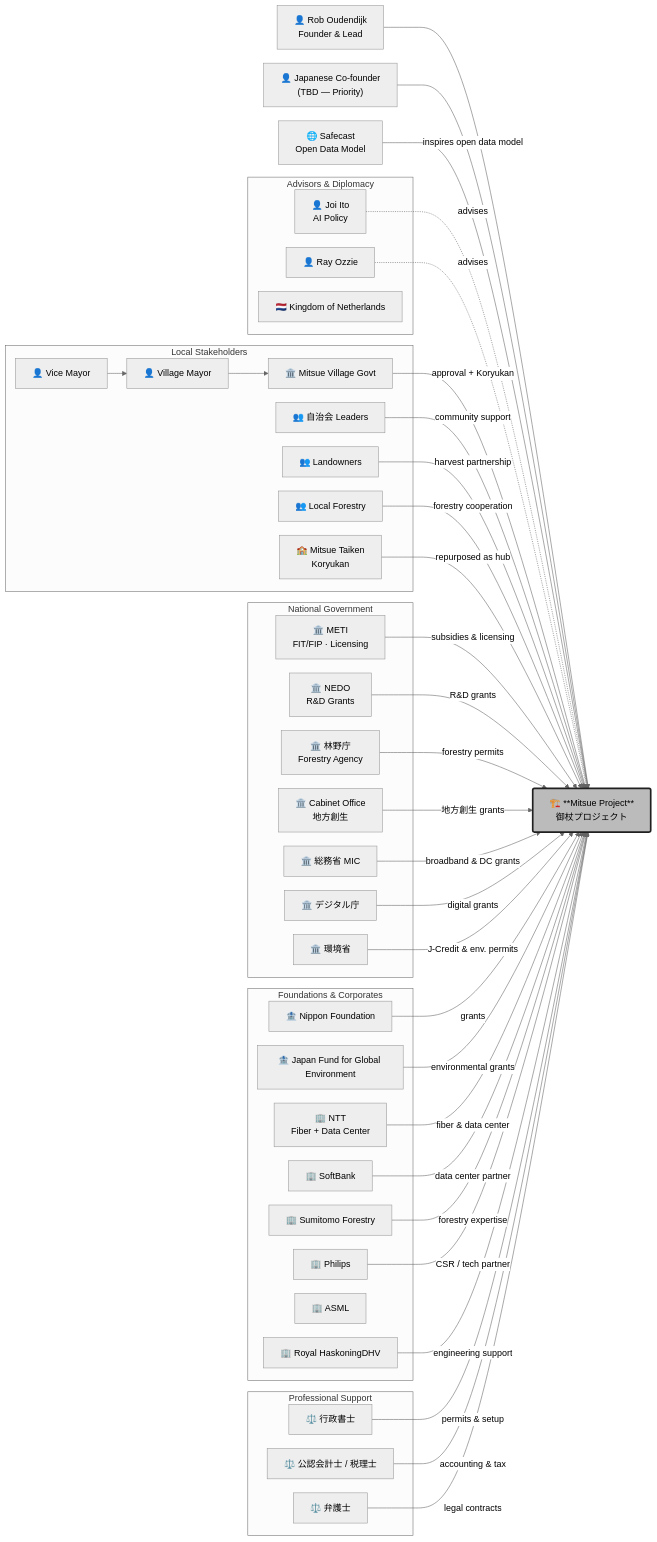
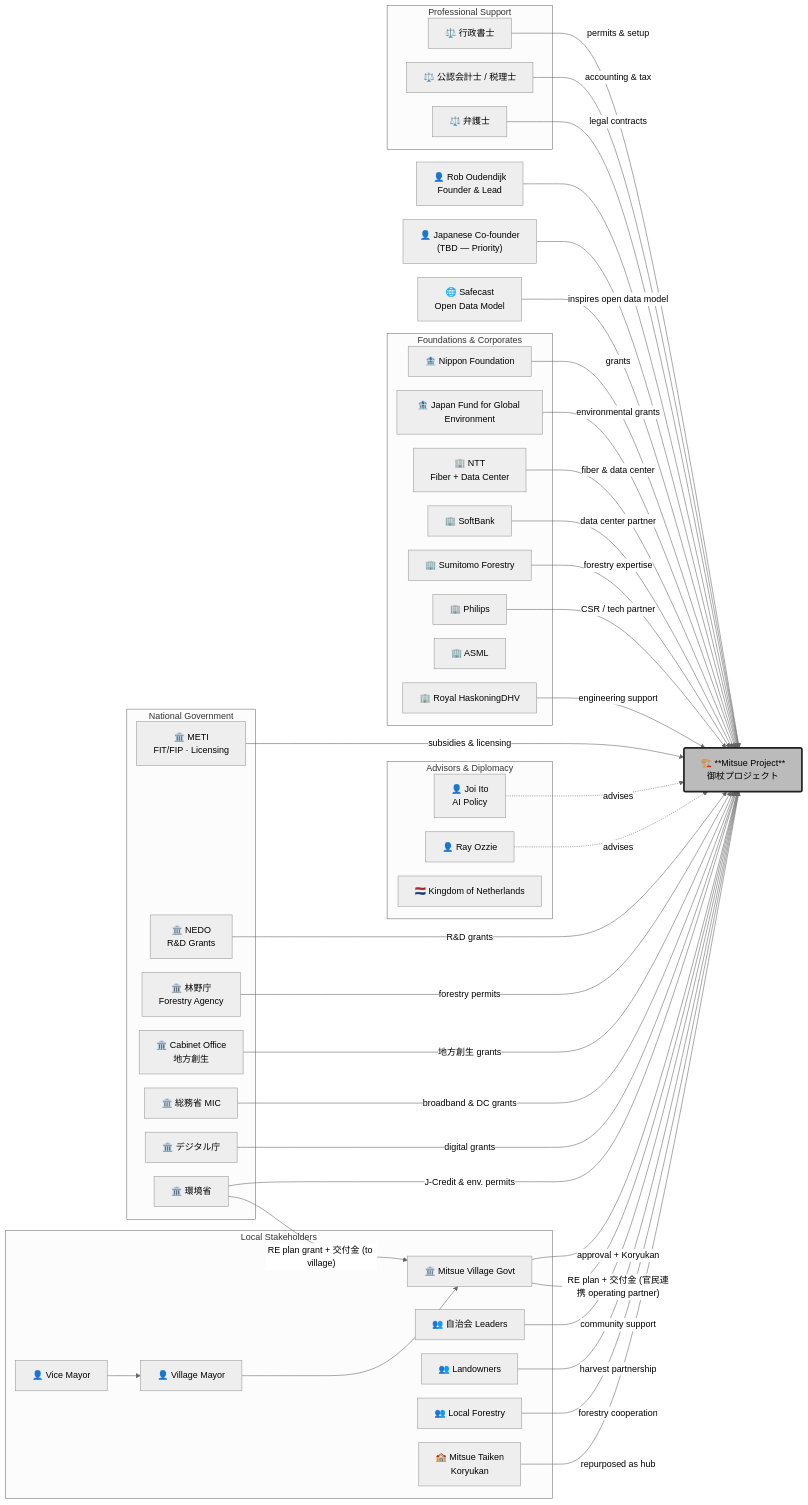
The diagram in mitsue_stakeholders.md (robouden/mitsue-ai-data-center), drawn with Mermaid (neutral theme) before and after one commit. The commit also changed other lines of this file and 65 other files, not shown here.

First line of the commit message:
docs: align all artifacts with village RE plan + 交付金 funding route

```diff
--- a/mitsue_stakeholders.md
+++ b/mitsue_stakeholders.md
@@ -171,6 +171,7 @@
     JOI -.->|"advises"| PROJ
     RAY -.->|"advises"| PROJ
     VILLAGE -->|"approval + Koryukan"| PROJ
+    VILLAGE -->|"RE plan + 交付金 (官民連携 operating partner)"| PROJ
     MAYOR --> VILLAGE
     VMAYOR --> MAYOR
     JICHIKAI -->|"community support"| PROJ
@@ -185,6 +186,7 @@
     MIC -->|"broadband & DC grants"| PROJ
     DIGITAL -->|"digital grants"| PROJ
     ENV -->|"J-Credit & env. permits"| PROJ
+    ENV -->|"RE plan grant + 交付金 (to village)"| VILLAGE
 
     NIPPON -->|"grants"| PROJ
     JFGE -->|"environmental grants"| PROJ
```
